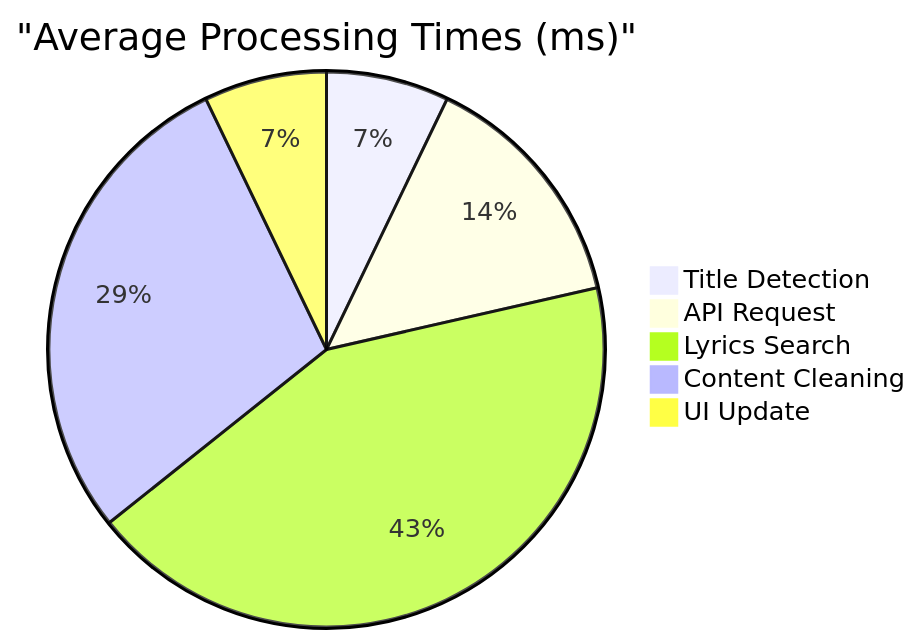
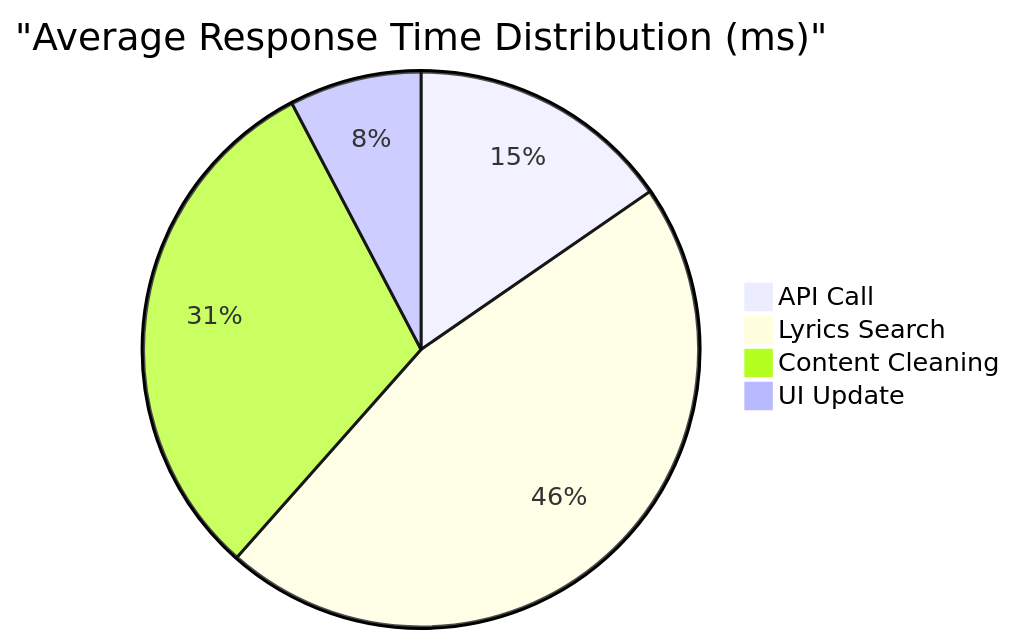
One commit to KrishnaKumarSoni/beatscript changed diagram 13 of 14 in README.md. Above: the diagram before and after it, drawn with Mermaid. The commit also changed other lines of this file and 3 other files, not shown here.

````diff
--- a/README.md
+++ b/README.md
@@ -240,8 +332,7 @@
 ```mermaid
-pie title "Average Processing Times (ms)"
-    "Title Detection" : 50
-    "API Request" : 100
+pie title "Average Response Time Distribution (ms)"
+    "API Call" : 100
     "Lyrics Search" : 300
     "Content Cleaning" : 200
     "UI Update" : 50
 ```
````
